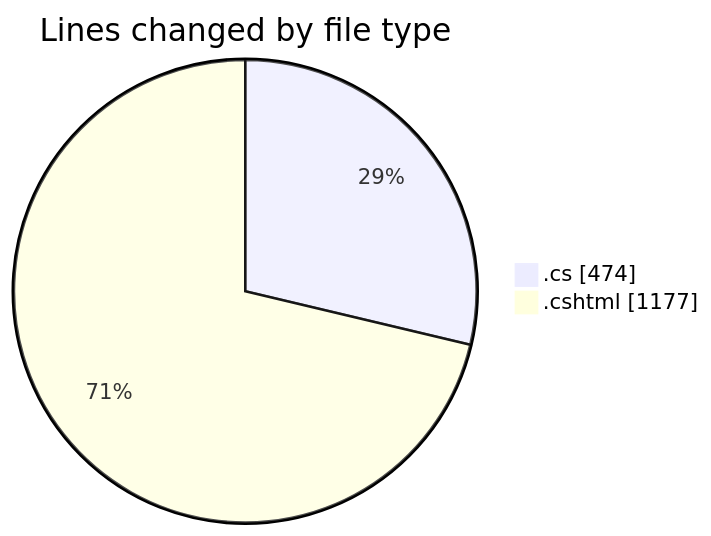
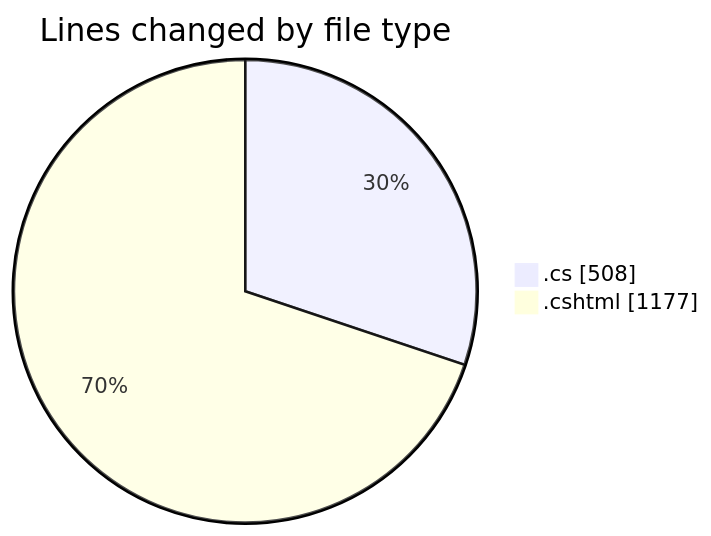
The first of 2 diagrams in 2025-07-16/nhahang/README.md (lephambinh05/code-tracking), drawn with Mermaid before and after one commit. The commit also changed other lines of this file and 1 other file, not shown here.

````diff
--- a/2025-07-16/nhahang/README.md
+++ b/2025-07-16/nhahang/README.md
@@ -49,6 +50,6 @@
 ```mermaid
 pie showData
 title Lines changed by file type
-".cs" : 474
+".cs" : 508
 ".cshtml" : 1177
 ```
````
